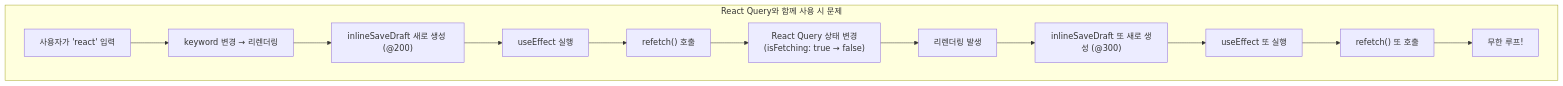
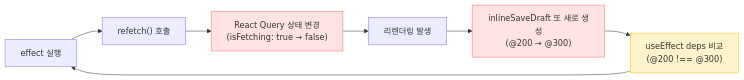
Diagram 12 of 19 in markdown/2026-01-18/ko/content.mdx (codefug/codefug.github.io), drawn with Mermaid before and after one commit. The commit also changed other lines of this file and 1 other file, not shown here.

````diff
--- a/markdown/2026-01-18/ko/content.mdx
+++ b/markdown/2026-01-18/ko/content.mdx
@@ -516,15 +851,13 @@
 ```mermaid
-flowchart TD
-    subgraph "React Query와 함께 사용 시 문제"
-        A["사용자가 'react' 입력"] --> B["keyword 변경 → 리렌더링"]
-        B --> C["inlineSaveDraft 새로 생성 (@200)"]
-        C --> D["useEffect 실행"]
-        D --> E["refetch() 호출"]
-        E --> F["React Query 상태 변경<br/>(isFetching: true → false)"]
-        F --> G["리렌더링 발생"]
-        G --> H["inlineSaveDraft 또 새로 생성 (@300)"]
-        H --> I["useEffect 또 실행"]
-        I --> J["refetch() 또 호출"]
-        J --> K["무한 루프!"]
-    end
+flowchart LR
+    F["effect 실행"] --> G["refetch() 호출"]
+    G --> H["React Query 상태 변경<br/>(isFetching: true → false)"]
+    H --> I["리렌더링 발생"]
+    I --> J["inlineSaveDraft 또 새로 생성<br/>(@200 → @300)"]
+    J --> K["useEffect deps 비교<br/>(@200 !== @300)"]
+    K --> F
+    
+    style H fill:#ffe3e3,stroke:#ff6b6b
+    style J fill:#ffe3e3,stroke:#ff6b6b
+    style K fill:#fff3cd,stroke:#ffc107
 ```
````
